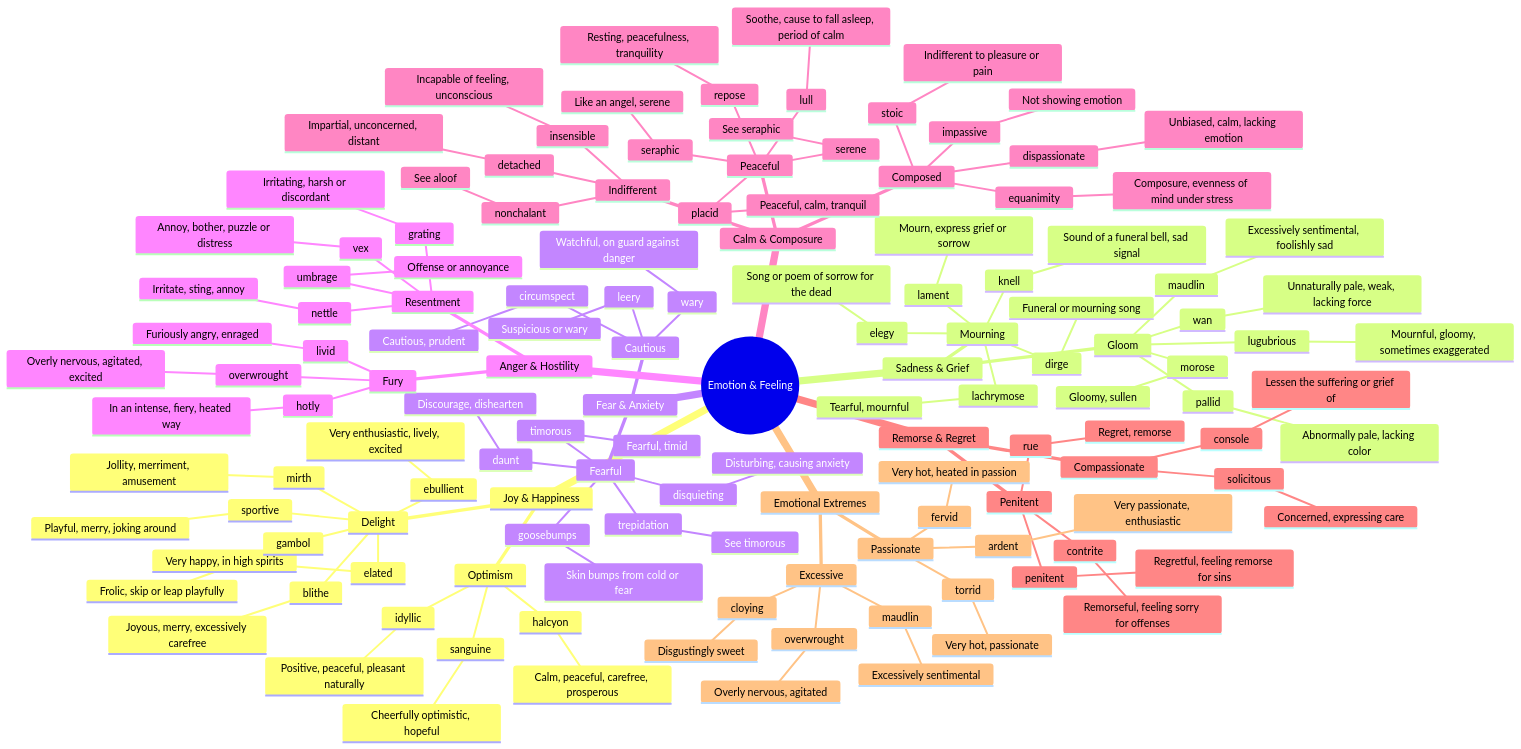
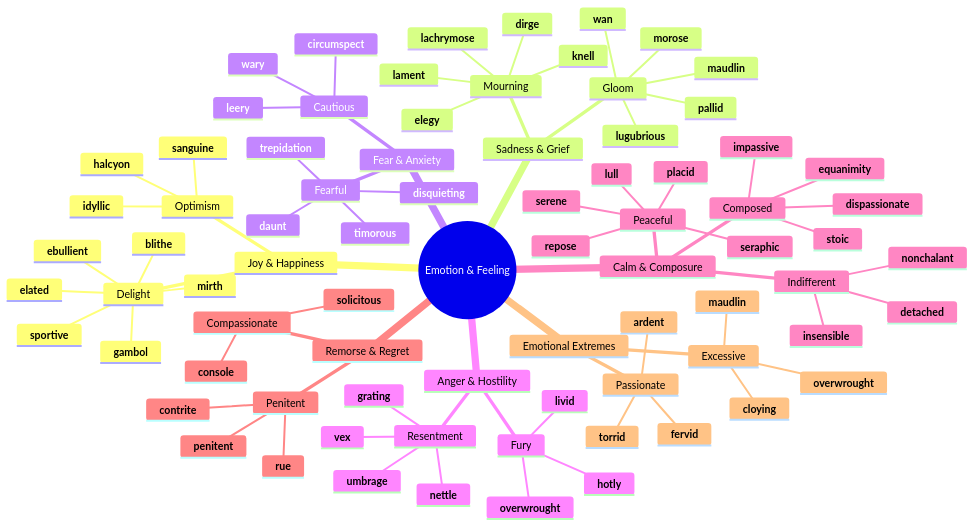
One commit to 95anantsingh/gre-preparation changed the first of 9 diagrams in mindmaps/07-emotion-and-feeling.md. Above: the diagram before and after it, drawn with Mermaid. The commit also changed other lines of this file and 20 other files, not shown here.

````diff
--- a/mindmaps/07-emotion-and-feeling.md
+++ b/mindmaps/07-emotion-and-feeling.md
@@ -9,138 +7,80 @@
   root((Emotion & Feeling))
     Joy & Happiness
       Delight
-        elated
-          Very happy, in high spirits
-        blithe
-          Joyous, merry, excessively carefree
-        ebullient
-          Very enthusiastic, lively, excited
-        mirth
-          Jollity, merriment, amusement
-        gambol
-          Frolic, skip or leap playfully
-        sportive
-          Playful, merry, joking around
+        **elated**
+        **blithe**
+        **ebullient**
+        **mirth**
+        **gambol**
+        **sportive**
       Optimism
-        sanguine
-          Cheerfully optimistic, hopeful
-        halcyon
-          Calm, peaceful, carefree, prosperous
-        idyllic
-          Positive, peaceful, pleasant naturally
+        **sanguine**
+        **halcyon**
+        **idyllic**
     Sadness & Grief
       Mourning
-        elegy
-          Song or poem of sorrow for the dead
-        dirge
-          Funeral or mourning song
-        lament
-          Mourn, express grief or sorrow
-        lachrymose
-          Tearful, mournful
-        knell
-          Sound of a funeral bell, sad signal
+        **elegy**
+        **dirge**
+        **lament**
+        **lachrymose**
+        **knell**
       Gloom
-        morose
-          Gloomy, sullen
-        lugubrious
-          Mournful, gloomy, sometimes exaggerated
-        wan
-          Unnaturally pale, weak, lacking force
-        pallid
-          Abnormally pale, lacking color
-        maudlin
-          Excessively sentimental, foolishly sad
+        **morose**
+        **lugubrious**
+        **wan**
+        **pallid**
+        **maudlin**
     Fear & Anxiety
       Fearful
-        daunt
-          Discourage, dishearten
-        timorous
-          Fearful, timid
-        trepidation
-          See timorous
-        goosebumps
-          Skin bumps from cold or fear
-        disquieting
-          Disturbing, causing anxiety
+        **daunt**
+        **timorous**
+        **trepidation**
+        **disquieting**
       Cautious
-        wary
-          Watchful, on guard against danger
-        leery
-          Suspicious or wary
-        circumspect
-          Cautious, prudent
+        **wary**
+        **leery**
+        **circumspect**
     Anger & Hostility
       Fury
-        livid
-          Furiously angry, enraged
-        overwrought
-          Overly nervous, agitated, excited
-        hotly
-          In an intense, fiery, heated way
+        **livid**
+        **overwrought**
+        **hotly**
       Resentment
-        umbrage
-          Offense or annoyance
-        nettle
-          Irritate, sting, annoy
-        vex
-          Annoy, bother, puzzle or distress
-        grating
-          Irritating, harsh or discordant
+        **umbrage**
+        **nettle**
+        **vex**
+        **grating**
     Calm & Composure
       Peaceful
-        placid
-          Peaceful, calm, tranquil
-        serene
-          See seraphic
-        seraphic
-          Like an angel, serene
-        lull
-          Soothe, cause to fall asleep, period of calm
-        repose
-          Resting, peacefulness, tranquility
+        **placid**
+        **serene**
+        **seraphic**
+        **lull**
+        **repose**
       Composed
-        equanimity
-          Composure, evenness of mind under stress
-        impassive
-          Not showing emotion
-        dispassionate
-          Unbiased, calm, lacking emotion
-        stoic
-          Indifferent to pleasure or pain
+        **equanimity**
+        **impassive**
+        **dispassionate**
+        **stoic**
       Indifferent
-        nonchalant
-          See aloof
-        detached
-          Impartial, unconcerned, distant
-        insensible
-          Incapable of feeling, unconscious
+        **nonchalant**
+        **detached**
+        **insensible**
     Remorse & Regret
       Penitent
-        contrite
-          Remorseful, feeling sorry for offenses
-        penitent
-          Regretful, feeling remorse for sins
-        rue
-          Regret, remorse
+        **contrite**
+        **penitent**
+        **rue**
       Compassionate
-        solicitous
-          Concerned, expressing care
-        console
-          Lessen the suffering or grief of
+        **solicitous**
+        **console**
     Emotional Extremes
       Passionate
-        ardent
-          Very passionate, enthusiastic
-        fervid
-          Very hot, heated in passion
-        torrid
-          Very hot, passionate
+        **ardent**
+        **fervid**
+        **torrid**
       Excessive
-        cloying
-          Disgustingly sweet
-        overwrought
-          Overly nervous, agitated
-        maudlin
-          Excessively sentimental
+        **cloying**
+        **overwrought**
+        **maudlin**
 ```
````
